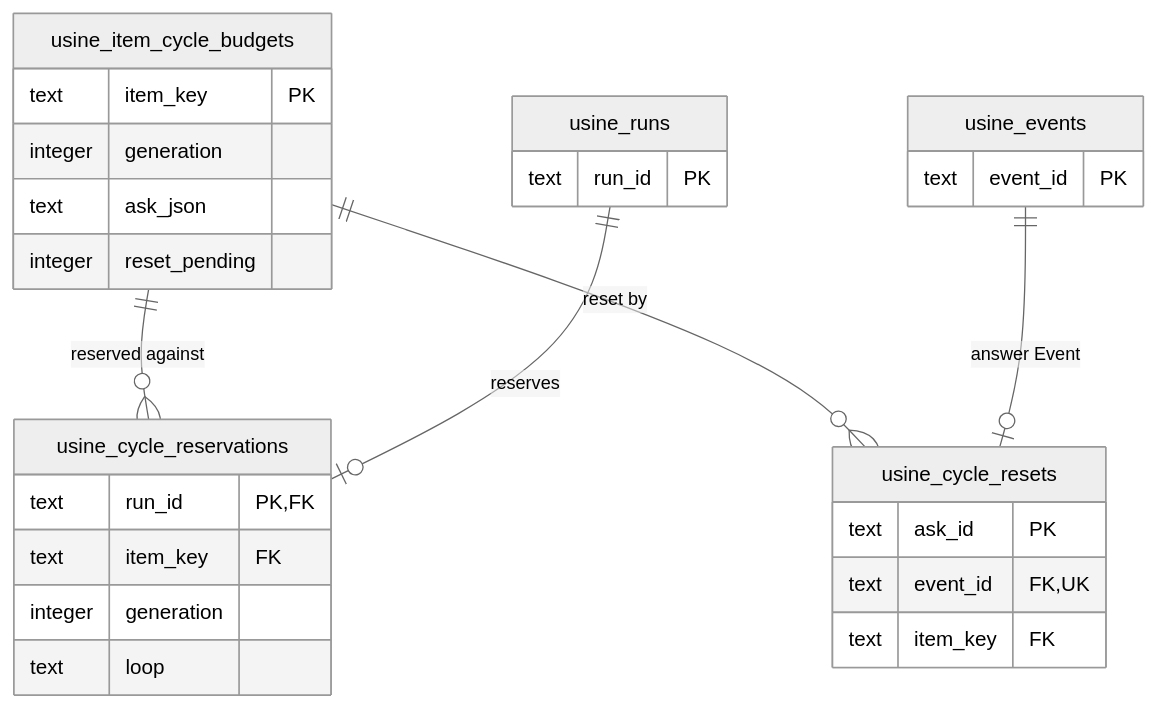
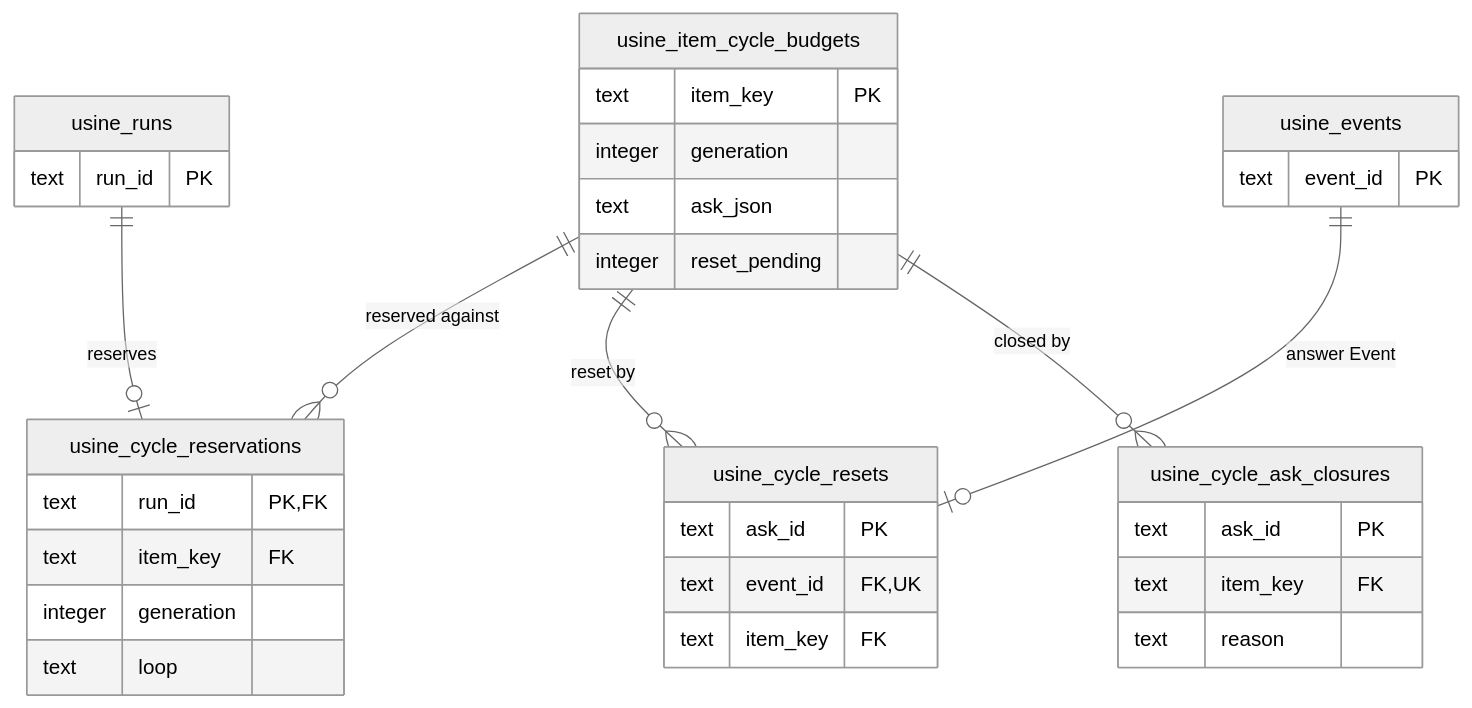
The second of 2 diagrams in apps/docs/src/content/docs/architecture/storage-and-config.mdx (basaltbytes/usine), drawn with Mermaid (neutral theme) before and after one commit. The commit also changed other lines of this file and 33 other files, not shown here.

````diff
--- a/apps/docs/src/content/docs/architecture/storage-and-config.mdx
+++ b/apps/docs/src/content/docs/architecture/storage-and-config.mdx
@@ -122,31 +122,37 @@
 ```mermaid
 erDiagram
   usine_item_cycle_budgets ||--o{ usine_cycle_reservations : "reserved against"
   usine_runs ||--o| usine_cycle_reservations : "reserves"
   usine_item_cycle_budgets ||--o{ usine_cycle_resets : "reset by"
   usine_events ||--o| usine_cycle_resets : "answer Event"
+  usine_item_cycle_budgets ||--o{ usine_cycle_ask_closures : "closed by"
 
   usine_item_cycle_budgets {
     text item_key PK
     integer generation
     text ask_json
     integer reset_pending
   }
   usine_cycle_reservations {
     text run_id PK, FK
     text item_key FK
     integer generation
     text loop
   }
   usine_cycle_resets {
     text ask_id PK
     text event_id FK, UK
     text item_key FK
   }
+  usine_cycle_ask_closures {
+    text ask_id PK
+    text item_key FK
+    text reason
+  }
   usine_runs {
     text run_id PK
   }
   usine_events {
     text event_id PK
   }
 ```
````
